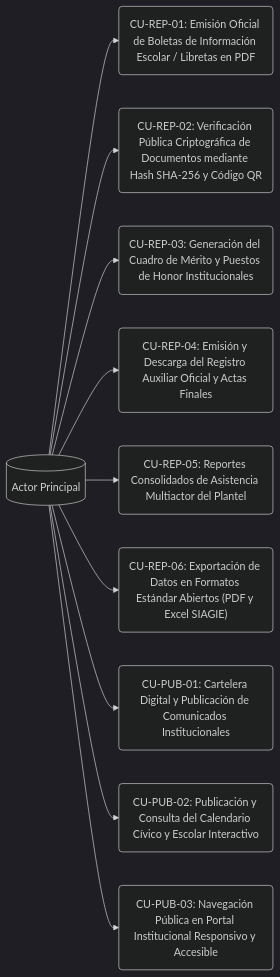
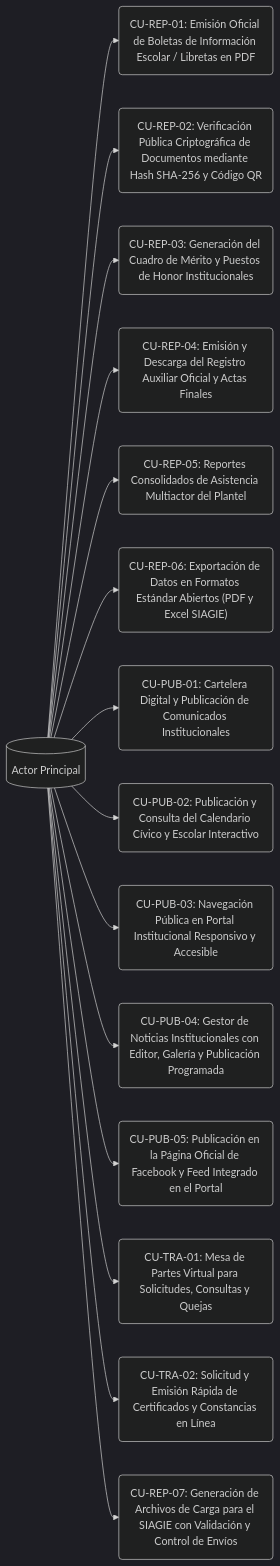
The diagram in D - Base 1 - 01092026/Fase 2/Casos de uso/Squad 5 - Secretaria y Portal Web/README.md (Eduardo-Sebastian-Paipay-Vega/school-management-system), drawn with Mermaid (dark theme) before and after one commit. The commit also changed other lines of this file and 126 other files, not shown here.

````diff
--- a/D - Base 1 - 01092026/Fase 2/Casos de uso/Squad 5 - Secretaria y Portal Web/README.md
+++ b/D - Base 1 - 01092026/Fase 2/Casos de uso/Squad 5 - Secretaria y Portal Web/README.md
@@ -14,13 +14,18 @@
 ```mermaid
 flowchart LR
     Actor[("Actor Principal")]
     Actor --> CU_REP_01("CU-REP-01: Emisión Oficial de Boletas de Información Escolar / Libretas en PDF")
     Actor --> CU_REP_02("CU-REP-02: Verificación Pública Criptográfica de Documentos mediante Hash SHA-256 y Código QR")
     Actor --> CU_REP_03("CU-REP-03: Generación del Cuadro de Mérito y Puestos de Honor Institucionales")
     Actor --> CU_REP_04("CU-REP-04: Emisión y Descarga del Registro Auxiliar Oficial y Actas Finales")
     Actor --> CU_REP_05("CU-REP-05: Reportes Consolidados de Asistencia Multiactor del Plantel")
     Actor --> CU_REP_06("CU-REP-06: Exportación de Datos en Formatos Estándar Abiertos (PDF y Excel SIAGIE)")
     Actor --> CU_PUB_01("CU-PUB-01: Cartelera Digital y Publicación de Comunicados Institucionales")
     Actor --> CU_PUB_02("CU-PUB-02: Publicación y Consulta del Calendario Cívico y Escolar Interactivo")
     Actor --> CU_PUB_03("CU-PUB-03: Navegación Pública en Portal Institucional Responsivo y Accesible")
+    Actor --> CU_PUB_04("CU-PUB-04: Gestor de Noticias Institucionales con Editor, Galería y Publicación Programada")
+    Actor --> CU_PUB_05("CU-PUB-05: Publicación en la Página Oficial de Facebook y Feed Integrado en el Portal")
+    Actor --> CU_TRA_01("CU-TRA-01: Mesa de Partes Virtual para Solicitudes, Consultas y Quejas")
+    Actor --> CU_TRA_02("CU-TRA-02: Solicitud y Emisión Rápida de Certificados y Constancias en Línea")
+    Actor --> CU_REP_07("CU-REP-07: Generación de Archivos de Carga para el SIAGIE con Validación y Control de Envíos")
 ```
````
